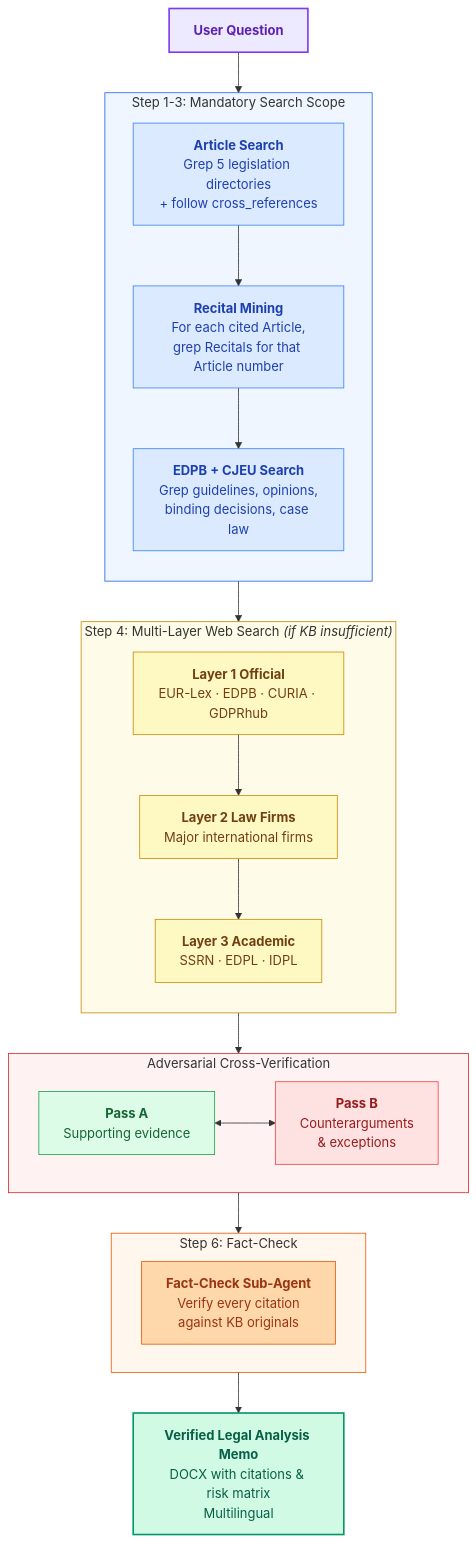
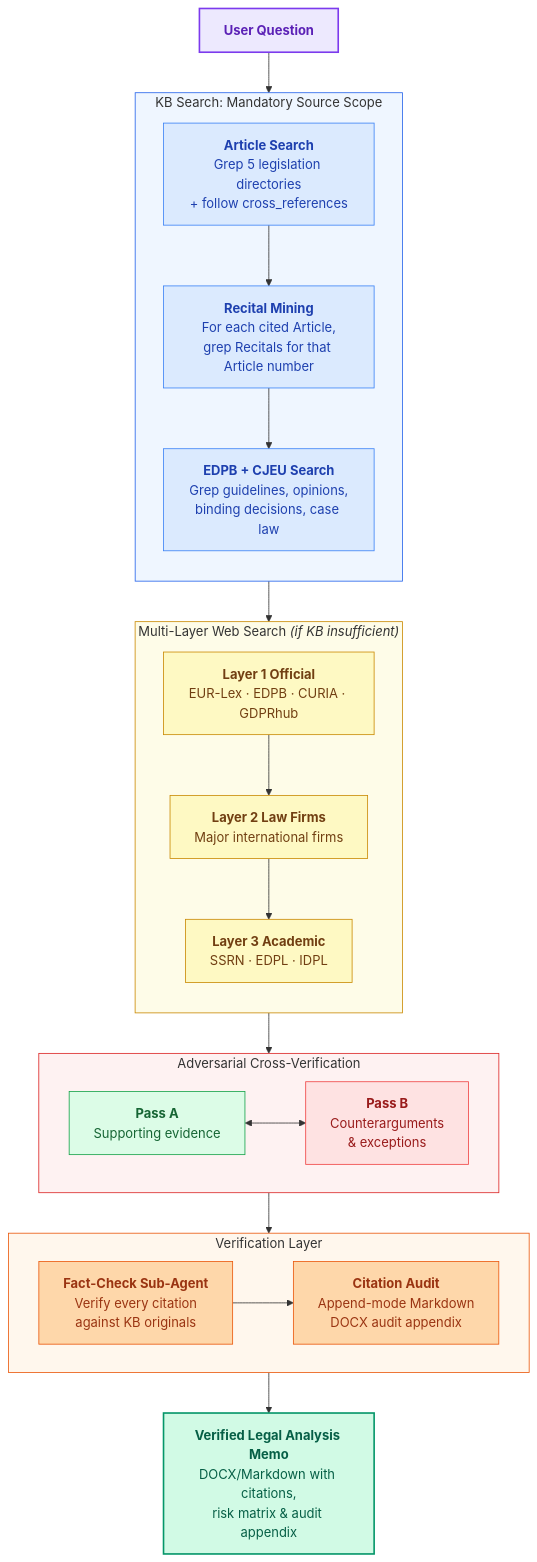
One commit to lowtidebuild/GDPR-expert changed the third of 3 diagrams in README.md. Above: the diagram before and after it, drawn with Mermaid. The commit also changed other lines of this file and 29 other files, not shown here.

````diff
--- a/README.md
+++ b/README.md
@@ -274,55 +276,58 @@
 ```mermaid
 flowchart TD
     Q["<b>User Question</b>"]
 
-    subgraph kb["Step 1-3: Mandatory Search Scope"]
+    subgraph kb["KB Search: Mandatory Source Scope"]
         direction TB
         S1["<b>Article Search</b><br/>Grep 5 legislation directories<br/>+ follow cross_references"]
         S2["<b>Recital Mining</b><br/>For each cited Article,<br/>grep Recitals for that Article number"]
         S3["<b>EDPB + CJEU Search</b><br/>Grep guidelines, opinions,<br/>binding decisions, case law"]
         S1 --> S2 --> S3
     end
 
-    subgraph web["Step 4: Multi-Layer Web Search <i>(if KB insufficient)</i>"]
+    subgraph web["Multi-Layer Web Search <i>(if KB insufficient)</i>"]
         direction TB
         L1["<b>Layer 1 Official</b><br/>EUR-Lex · EDPB · CURIA · GDPRhub"]
         L2["<b>Layer 2 Law Firms</b><br/>Major international firms"]
         L3["<b>Layer 3 Academic</b><br/>SSRN · EDPL · IDPL"]
         L1 --> L2 --> L3
     end
 
     subgraph verify["Adversarial Cross-Verification"]
         direction LR
         PA["<b>Pass A</b><br/>Supporting evidence"]
         PB["<b>Pass B</b><br/>Counterarguments<br/>& exceptions"]
         PA <--> PB
     end
 
-    subgraph fc["Step 6: Fact-Check"]
+    subgraph fc["Verification Layer"]
         FC["<b>Fact-Check Sub-Agent</b><br/>Verify every citation<br/>against KB originals"]
+        CA["<b>Citation Audit</b><br/>Append-mode Markdown<br/>DOCX audit appendix"]
+        FC --> CA
     end
 
-    O["<b>Verified Legal Analysis Memo</b><br/>DOCX with citations & risk matrix<br/>Multilingual"]
+    O["<b>Verified Legal Analysis Memo</b><br/>DOCX/Markdown with citations,<br/>risk matrix & audit appendix"]
 
     Q --> kb
     kb --> web
     web --> verify
     verify --> fc
     fc --> O
 
     style Q fill:#ede9fe,stroke:#7c3aed,stroke-width:2px,color:#5b21b6
     style kb fill:#eff6ff,stroke:#2563eb,stroke-width:1px
     style web fill:#fefce8,stroke:#ca8a04,stroke-width:1px
     style verify fill:#fef2f2,stroke:#dc2626,stroke-width:1px
     style fc fill:#fff7ed,stroke:#ea580c,stroke-width:1px
     style FC fill:#fed7aa,stroke:#ea580c,color:#9a3412
+    style CA fill:#fed7aa,stroke:#ea580c,color:#9a3412
     style O fill:#d1fae5,stroke:#059669,stroke-width:2px,color:#065f46
     style S1 fill:#dbeafe,stroke:#3b82f6,color:#1e40af
     style S2 fill:#dbeafe,stroke:#3b82f6,color:#1e40af
     style S3 fill:#dbeafe,stroke:#3b82f6,color:#1e40af
     style L1 fill:#fef9c3,stroke:#ca8a04,color:#713f12
     style L2 fill:#fef9c3,stroke:#ca8a04,color:#713f12
     style L3 fill:#fef9c3,stroke:#ca8a04,color:#713f12
     style PA fill:#dcfce7,stroke:#16a34a,color:#166534
     style PB fill:#fee2e2,stroke:#ef4444,color:#991b1b
 ```
````
